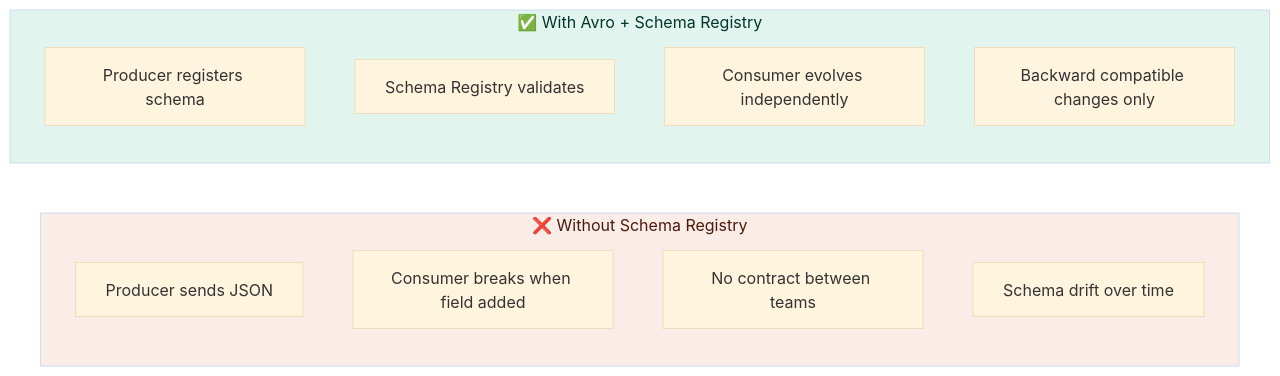
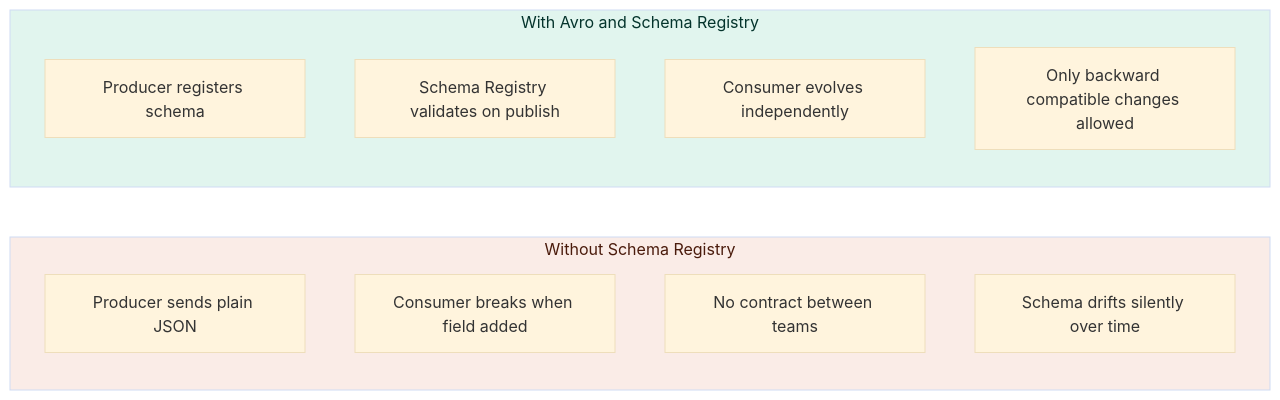
Before and after one commit to rahulsaxena23-code/best-practice: the tenth of 18 diagrams in kakfa/kafka_best_practices.md, drawn with Mermaid (base theme). The commit also changed other lines of this file, not shown here.

````diff
--- a/kakfa/kafka_best_practices.md
+++ b/kakfa/kafka_best_practices.md
@@ -524,18 +481,18 @@
 ```mermaid
-graph LR
-    subgraph Without["❌ Without Schema Registry"]
-        A1[Producer sends JSON]
+flowchart LR
+    subgraph Without["Without Schema Registry"]
+        A1[Producer sends plain JSON]
         A2[Consumer breaks when field added]
         A3[No contract between teams]
-        A4[Schema drift over time]
+        A4[Schema drifts silently over time]
     end
-    subgraph With["✅ With Avro + Schema Registry"]
+    subgraph With["With Avro and Schema Registry"]
         B1[Producer registers schema]
-        B2[Schema Registry validates]
+        B2[Schema Registry validates on publish]
         B3[Consumer evolves independently]
-        B4[Backward compatible changes only]
+        B4[Only backward compatible changes allowed]
     end
 
     style Without fill:#FAECE7,color:#4A1B0C
     style With fill:#E1F5EE,color:#04342C
 ```
````
